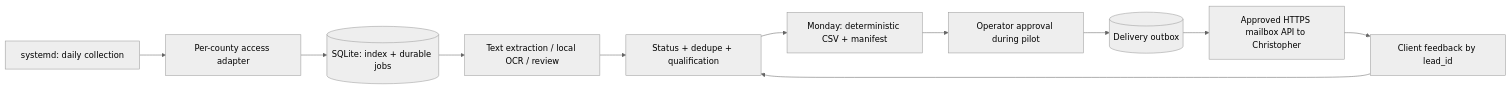
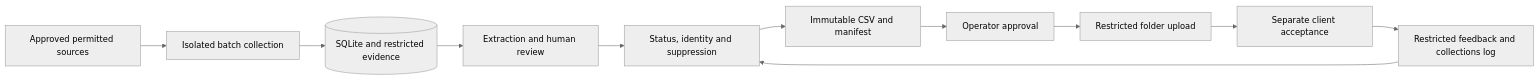
The diagram in README.md (Jmx097/york-tax-lien-pilot), drawn with Mermaid (neutral theme) before and after one commit. The commit also changed other lines of this file and 21 other files, not shown here.

Commit message:
docs: align pilot to three-week agreement and gated folder delivery

````diff
--- a/README.md
+++ b/README.md
@@ -35,13 +40,13 @@
 ```mermaid
 flowchart LR
-  T[systemd: daily collection] --> A[Per-county access adapter]
-  A --> Q[(SQLite: index + durable jobs)]
-  Q --> E[Text extraction / local OCR / review]
-  E --> S[Status + dedupe + qualification]
-  S --> X[Monday: deterministic CSV + manifest]
-  X --> R[Operator approval during pilot]
-  R --> O[(Delivery outbox)]
-  O --> C[Approved HTTPS mailbox API to Christopher]
-  C --> F[Client feedback by lead_id]
-  F --> S
+  A[Approved permitted sources] --> B[Isolated batch collection]
+  B --> C[(SQLite and restricted evidence)]
+  C --> D[Extraction and human review]
+  D --> E[Status, identity and suppression]
+  E --> F[Immutable CSV and manifest]
+  F --> G[Operator approval]
+  G --> H[Restricted folder upload]
+  H --> I[Separate client acceptance]
+  I --> J[Restricted feedback and collections log]
+  J --> E
 ```
````
